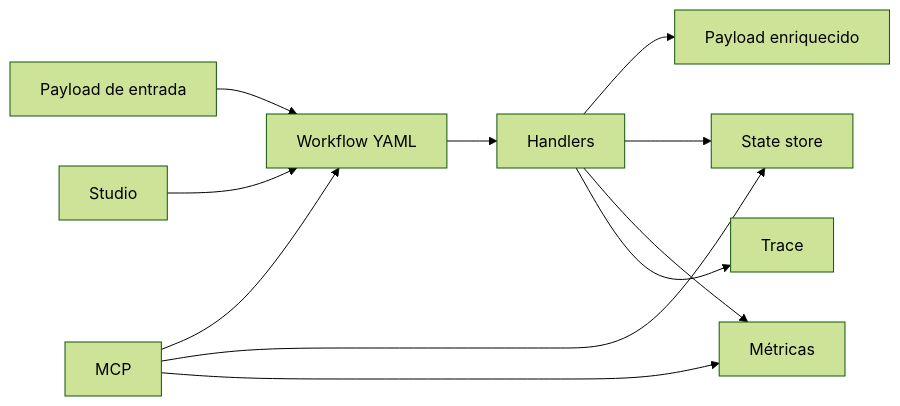
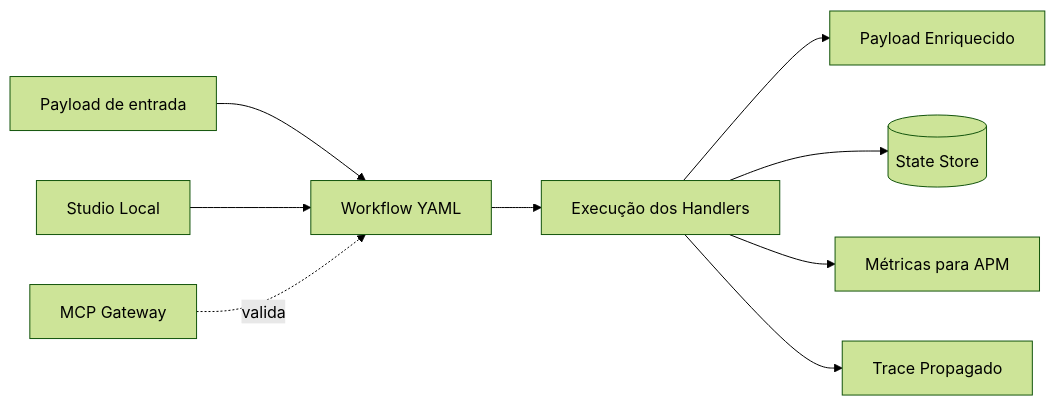
One commit to raywall/routing-slip-pattern changed the diagram in studio/docs/content/01-introducao/03-conceitos.md. Above: the diagram before and after it, drawn with Mermaid (forest theme). The commit also changed other lines of this file and 4 other files, not shown here.

`````diff
--- a/studio/docs/content/01-introducao/03-conceitos.md
+++ b/studio/docs/content/01-introducao/03-conceitos.md
@@ -30,13 +28,11 @@
 ```mermaid
 flowchart LR
   A[Payload de entrada] --> B[Workflow YAML]
-  B --> C[Handlers]
-  C --> D[Payload enriquecido]
-  C --> E[State store]
-  C --> F[Métricas]
-  C --> G[Trace]
-  H[Studio] --> B
-  I[MCP] --> B
-  I --> E
-  I --> F
-```
+  B --> C[Execução dos Handlers]
+  C --> D[Payload Enriquecido]
+  C --> E[(State Store)]
+  C --> F[Métricas para APM]
+  C --> G[Trace Propagado]
+  H[Studio Local] --> B
+  I[MCP Gateway] -. valida .-> B
+````
`````
